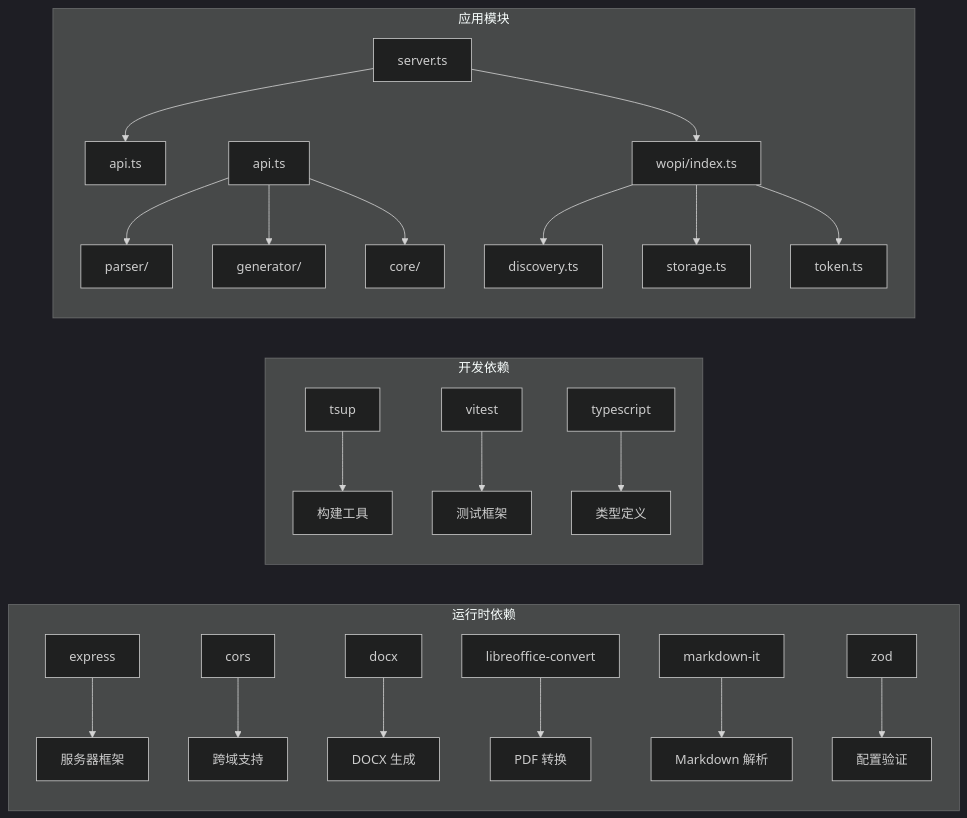
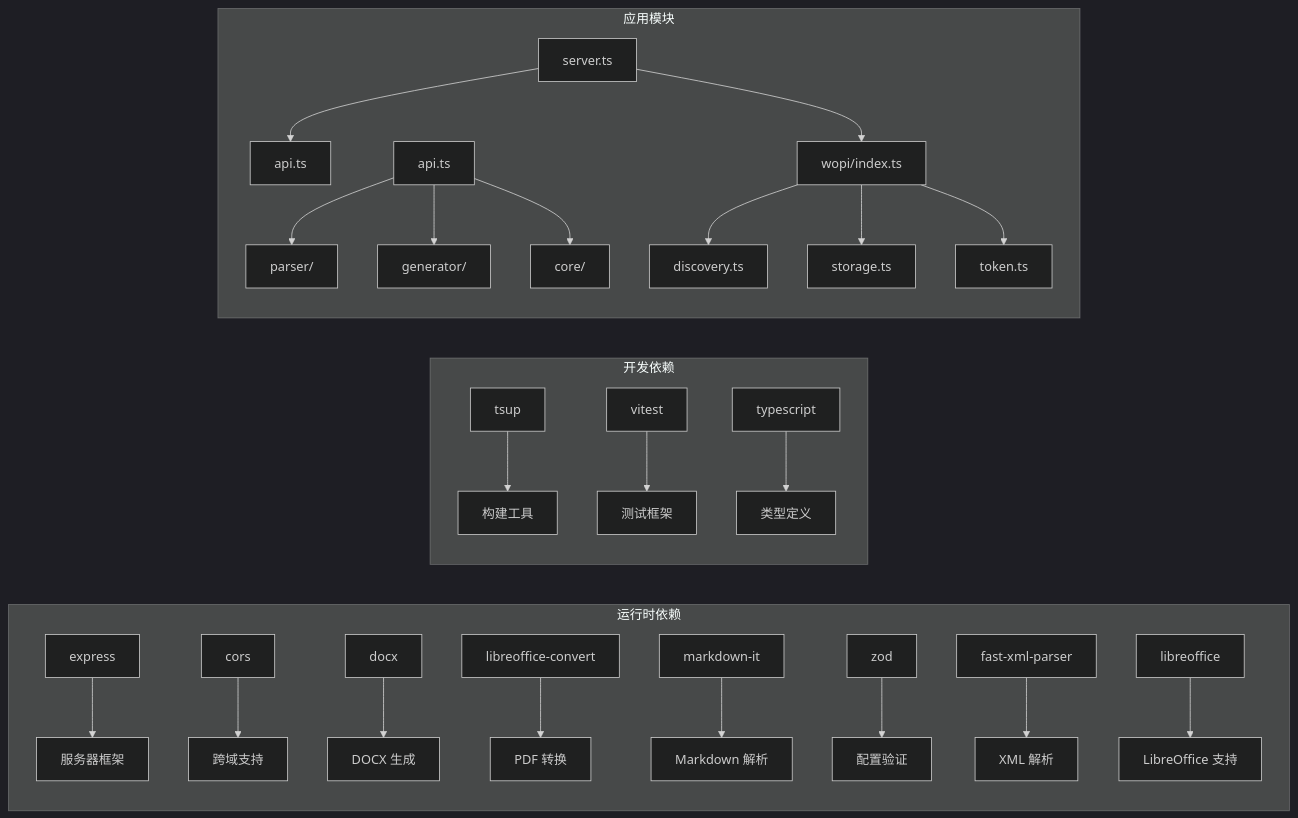
The seventh of 7 diagrams in .lingma/repowiki/zh/content/架构设计/Collabora Online 集成.md (wanwushelie/markdown-to-word-studio), drawn with Mermaid (dark theme) before and after one commit. The commit also changed other lines of this file and 7 other files, not shown here.

````diff
--- a/.lingma/repowiki/zh/content/架构设计/Collabora Online 集成.md
+++ b/.lingma/repowiki/zh/content/架构设计/Collabora Online 集成.md
@@ -282,26 +310,28 @@
 ```mermaid
 graph LR
 subgraph "运行时依赖"
 A[express] --> B[服务器框架]
 C[cors] --> D[跨域支持]
 E[docx] --> F[DOCX 生成]
 G[libreoffice-convert] --> H[PDF 转换]
 I[markdown-it] --> J[Markdown 解析]
 K[zod] --> L[配置验证]
+M[fast-xml-parser] --> N[XML 解析]
+O[libreoffice] --> P[LibreOffice 支持]
 end
 subgraph "开发依赖"
-M[tsup] --> N[构建工具]
-O[vitest] --> P[测试框架]
-Q[typescript] --> R[类型定义]
+Q[tsup] --> R[构建工具]
+S[vitest] --> T[测试框架]
+U[typescript] --> V[类型定义]
 end
 subgraph "应用模块"
-S[server.ts] --> T[api.ts]
-S --> U[wopi/index.ts]
-V[api.ts] --> W[parser/]
-V --> X[generator/]
-V --> Y[core/]
-U --> Z[discovery.ts]
-U --> AA[storage.ts]
-U --> AB[token.ts]
+W[server.ts] --> X[api.ts]
+W --> Y[wopi/index.ts]
+Z[api.ts] --> AA[parser/]
+Z --> BB[generator/]
+Z --> CC[core/]
+Y --> DD[discovery.ts]
+Y --> EE[storage.ts]
+Y --> FF[token.ts]
 end
 ```
````
